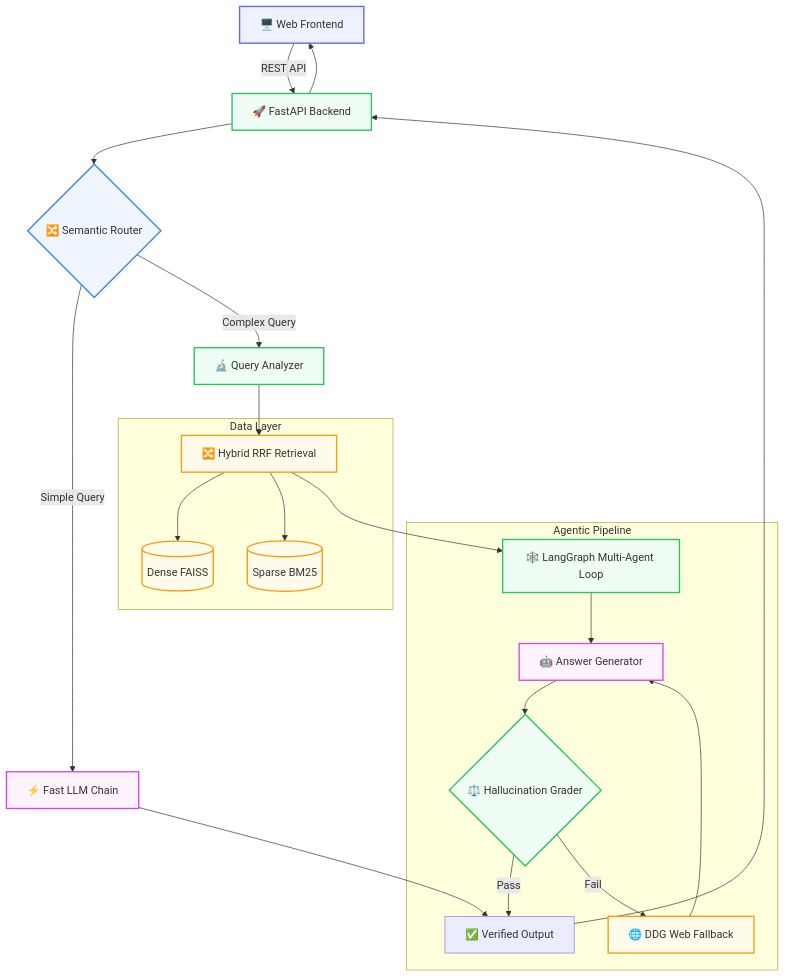
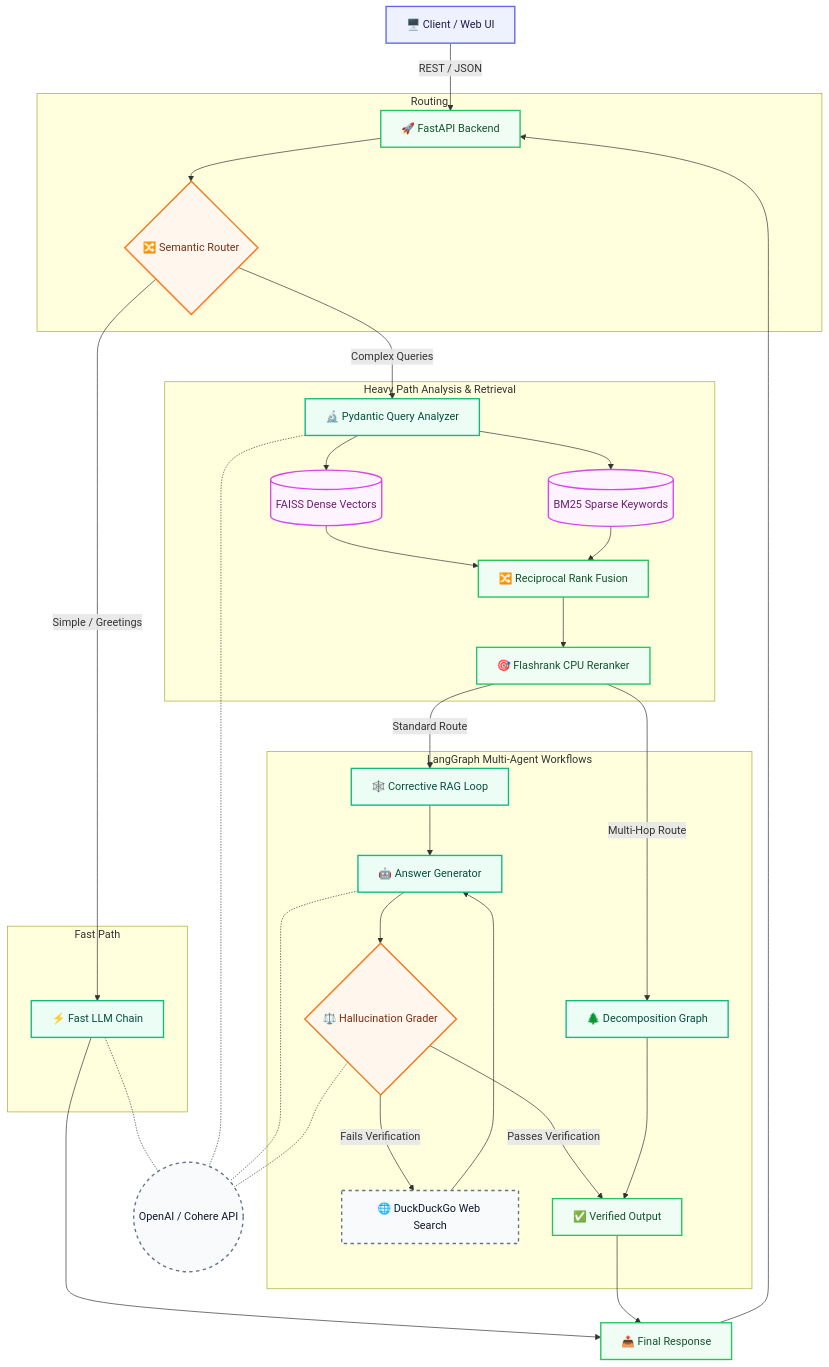
Before and after one commit to Sh1vaay/RAG: the first of 2 diagrams in README.md, drawn with Mermaid. The commit also changed other lines of this file, not shown here.

Commit message:
docs: add detailed comprehensive system architecture diagram

````diff
--- a/README.md
+++ b/README.md
@@ -32,36 +32,78 @@
 ```mermaid
 graph TD
-    classDef client fill:#eef2ff,stroke:#6366f1,stroke-width:2px;
-    classDef api fill:#f0fdf4,stroke:#22c55e,stroke-width:2px;
-    classDef data fill:#fffbeb,stroke:#f59e0b,stroke-width:2px;
-    classDef llm fill:#fdf4ff,stroke:#d946ef,stroke-width:2px;
-    classDef router fill:#eff6ff,stroke:#3b82f6,stroke-width:2px;
+    %% Styling Definitions
+    classDef client fill:#eef2ff,stroke:#6366f1,stroke-width:2px,color:#1e1b4b;
+    classDef api fill:#f0fdf4,stroke:#22c55e,stroke-width:2px,color:#14532d;
+    classDef router fill:#fff7ed,stroke:#f97316,stroke-width:2px,color:#7c2d12;
+    classDef db fill:#fdf4ff,stroke:#d946ef,stroke-width:2px,color:#701a75;
+    classDef agent fill:#ecfdf5,stroke:#10b981,stroke-width:2px,color:#064e3b;
+    classDef external fill:#f8fafc,stroke:#64748b,stroke-width:2px,color:#0f172a,stroke-dasharray: 5 5;
 
-    Client[🖥️ Web Frontend]:::client -->|REST API| FastAPI[🚀 FastAPI Backend]:::api
+    %% 1. Client & API Layer
+    Client[🖥️ Client / Web UI]:::client
+    API[🚀 FastAPI Backend]:::api
+    Client -->|REST / JSON| API
+
+    %% 2. Orchestration & Routing
+    subgraph Routing
+        Router{🔀 Semantic Router}:::router
+        API --> Router
+    end
+
+    %% 3. Fast Path
+    subgraph Fast Path
+        FastChain[⚡ Fast LLM Chain]:::agent
+        Router -->|Simple / Greetings| FastChain
+    end
+
+    %% 4. Heavy Path: Analysis & Hybrid Retrieval
+    subgraph Heavy Path Analysis & Retrieval
+        QueryAnalyzer[🔬 Pydantic Query Analyzer]:::agent
+        Router -->|Complex Queries| QueryAnalyzer
+        
+        FAISS[(FAISS Dense Vectors)]:::db
+        BM25[(BM25 Sparse Keywords)]:::db
+        
+        QueryAnalyzer --> FAISS
+        QueryAnalyzer --> BM25
+        
+        RRF[🔀 Reciprocal Rank Fusion]:::api
+        FAISS --> RRF
+        BM25 --> RRF
+        
+        Reranker[🎯 Flashrank CPU Reranker]:::api
+        RRF --> Reranker
+    end
+
+    %% 5. LangGraph Agentic Loop
+    subgraph LangGraph Multi-Agent Workflows
+        CRAG[🕸️ Corrective RAG Loop]:::agent
+        Decomp[🌲 Decomposition Graph]:::agent
+        
+        Reranker -->|Standard Route| CRAG
+        Reranker -->|Multi-Hop Route| Decomp
+        
+        Generator[🤖 Answer Generator]:::agent
+        Grader{⚖️ Hallucination Grader}:::router
+        DDG[🌐 DuckDuckGo Web Search]:::external
+        
+        CRAG --> Generator
+        Generator --> Grader
+        Grader -->|Fails Verification| DDG
+        DDG --> Generator
+        Grader -->|Passes Verification| Verified[✅ Verified Output]:::api
+        Decomp --> Verified
+    end
+
+    %% Final Resolution
+    FastChain --> Output[📤 Final Response]:::api
+    Verified --> Output
+    Output --> API
     
-    FastAPI --> Router{🔀 Semantic Router}:::router
-    
-    Router -->|Simple Query| FastChain[⚡ Fast LLM Chain]:::llm
-    Router -->|Complex Query| Analyzer[🔬 Query Analyzer]:::api
-    
-    Analyzer --> RRF[🔀 Hybrid RRF Retrieval]:::data
-    
-    subgraph Data Layer
-        RRF --> FAISS[(Dense FAISS)]:::data
-        RRF --> BM25[(Sparse BM25)]:::data
-    end
-    
-    RRF --> LangGraph[🕸️ LangGraph Multi-Agent Loop]:::api
-    
-    subgraph Agentic Pipeline
-        LangGraph --> Generator[🤖 Answer Generator]:::llm
-        Generator --> Grader{⚖️ Hallucination Grader}:::api
-        Grader -->|Pass| Final[✅ Verified Output]
-        Grader -->|Fail| WebSearch[🌐 DDG Web Fallback]:::data
-        WebSearch --> Generator
-    end
-    
-    FastChain --> Final
-    Final --> FastAPI
-    FastAPI --> Client
+    %% External Services
+    LLM((OpenAI / Cohere API)):::external
+    FastChain -.- LLM
+    QueryAnalyzer -.- LLM
+    Generator -.- LLM
+    Grader -.- LLM
 ```
````
